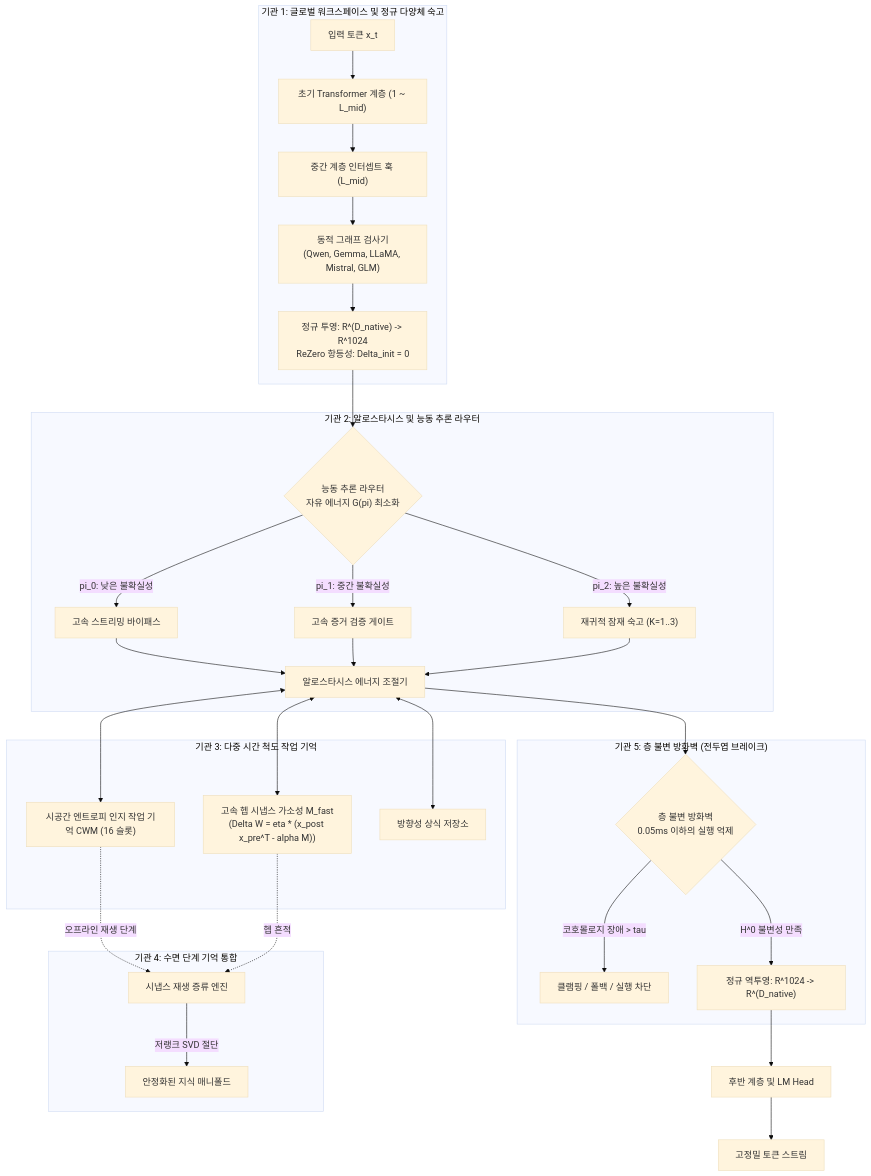
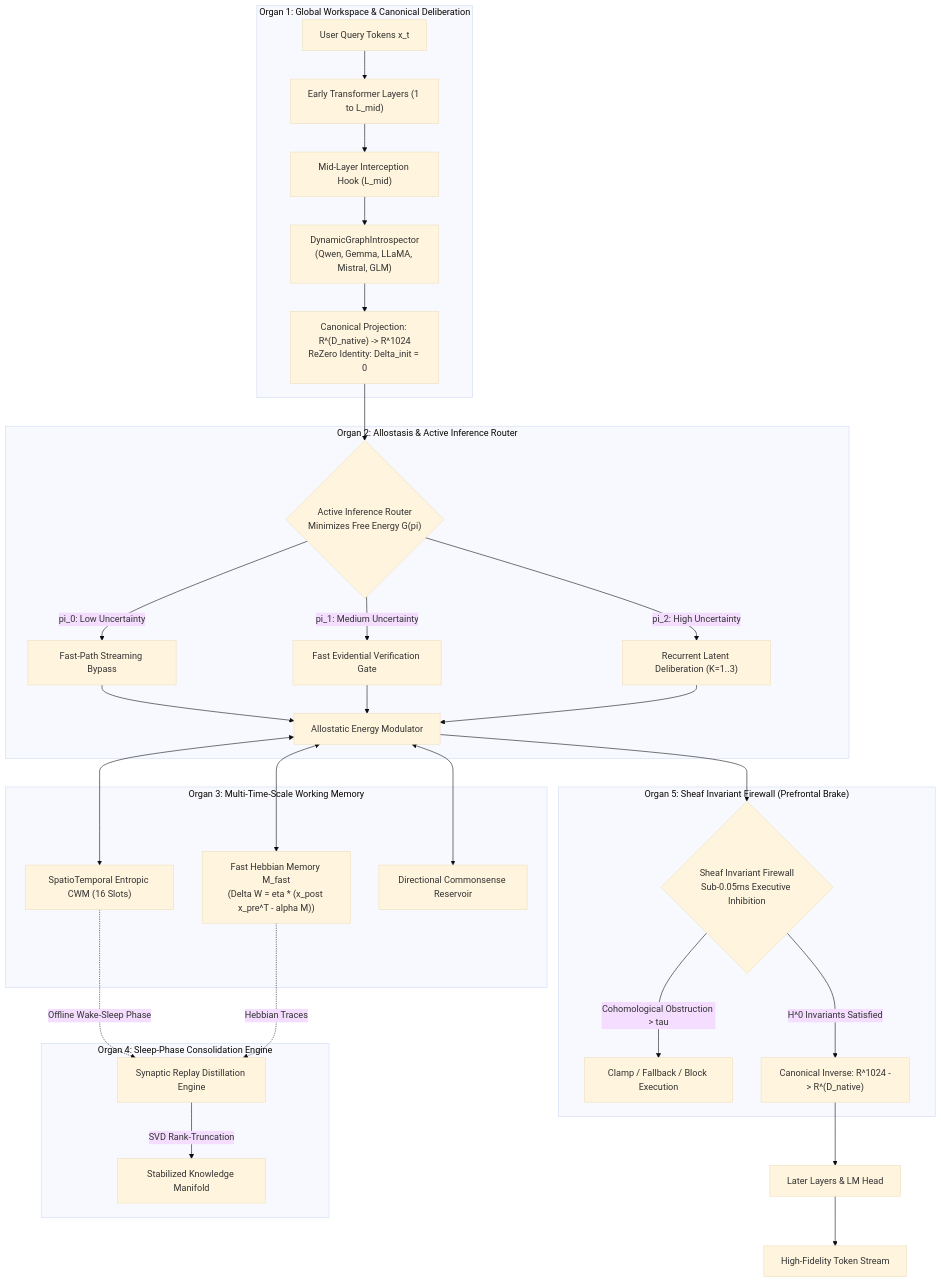
One commit to Ch3nOff/dual-loop-controller changed the diagram in docs/README_ko.md. Above: the diagram before and after it, drawn with Mermaid (base theme). The commit also changed other lines of this file and 10 other files, not shown here.

````diff
--- a/docs/README_ko.md
+++ b/docs/README_ko.md
@@ -57,40 +31,40 @@
 ```mermaid
 flowchart TD
-    subgraph Organ1 ["기관 1: 글로벌 워크스페이스 및 정규 다양체 숙고"]
-        In["입력 토큰 x_t"] --> EarlyLayers["초기 Transformer 계층 (1 ~ L_mid)"]
-        EarlyLayers --> Hook["중간 계층 인터셉트 훅 (L_mid)"]
-        Hook --> GraphIntrospect["동적 그래프 검사기<br/>(Qwen, Gemma, LLaMA, Mistral, GLM)"]
-        GraphIntrospect --> CanonicalMap["정규 투영: R^(D_native) -> R^1024<br/>ReZero 항등성: Delta_init = 0"]
+    subgraph Organ1 ["Organ 1: Global Workspace & Canonical Deliberation"]
+        In["User Query Tokens x_t"] --> EarlyLayers["Early Transformer Layers (1 to L_mid)"]
+        EarlyLayers --> Hook["Mid-Layer Interception Hook (L_mid)"]
+        Hook --> GraphIntrospect["DynamicGraphIntrospector<br/>(Qwen, Gemma, LLaMA, Mistral, GLM)"]
+        GraphIntrospect --> CanonicalMap["Canonical Projection: R^(D_native) -> R^1024<br/>ReZero Identity: Delta_init = 0"]
     end
 
-    subgraph Organ2 ["기관 2: 알로스타시스 및 능동 추론 라우터"]
-        CanonicalMap --> FristonRouter{"능동 추론 라우터<br/>자유 에너지 G(pi) 최소화"}
-        FristonRouter -->|"pi_0: 낮은 불확실성"| FastBypass["고속 스트리밍 바이패스"]
-        FristonRouter -->|"pi_1: 중간 불확실성"| EvidentialCheck["고속 증거 검증 게이트"]
-        FristonRouter -->|"pi_2: 높은 불확실성"| DeliberationLoop["재귀적 잠재 숙고 (K=1..3)"]
-        FastBypass --> Allostasis["알로스타시스 에너지 조절기"]
+    subgraph Organ2 ["Organ 2: Allostasis & Active Inference Router"]
+        CanonicalMap --> FristonRouter{"Active Inference Router<br/>Minimizes Free Energy G(pi)"}
+        FristonRouter -->|"pi_0: Low Uncertainty"| FastBypass["Fast-Path Streaming Bypass"]
+        FristonRouter -->|"pi_1: Medium Uncertainty"| EvidentialCheck["Fast Evidential Verification Gate"]
+        FristonRouter -->|"pi_2: High Uncertainty"| DeliberationLoop["Recurrent Latent Deliberation (K=1..3)"]
+        FastBypass --> Allostasis["Allostatic Energy Modulator"]
         EvidentialCheck --> Allostasis
         DeliberationLoop --> Allostasis
     end
 
-    subgraph Organ3 ["기관 3: 다중 시간 척도 작업 기억"]
-        Allostasis <--> CWM["시공간 엔트로피 인지 작업 기억 CWM (16 슬롯)"]
-        Allostasis <--> FastHebbian["고속 헵 시냅스 가소성 M_fast<br/>(Delta W = eta * (x_post x_pre^T - alpha M))"]
-        Allostasis <--> DirectionalRes["방향성 상식 저장소"]
+    subgraph Organ3 ["Organ 3: Multi-Time-Scale Working Memory"]
+        Allostasis <--> CWM["SpatioTemporal Entropic CWM (16 Slots)"]
+        Allostasis <--> FastHebbian["Fast Hebbian Memory M_fast<br/>(Delta W = eta * (x_post x_pre^T - alpha M))"]
+        Allostasis <--> DirectionalRes["Directional Commonsense Reservoir"]
     end
 
-    subgraph Organ4 ["기관 4: 수면 단계 기억 통합"]
-        CWM -.->|"오프라인 재생 단계"| SleepReplay["시냅스 재생 증류 엔진"]
-        FastHebbian -.->|"헵 흔적"| SleepReplay
-        SleepReplay -->|"저랭크 SVD 절단"| PermanentWeights["안정화된 지식 매니폴드"]
+    subgraph Organ4 ["Organ 4: Sleep-Phase Consolidation Engine"]
+        CWM -.->|"Offline Wake-Sleep Phase"| SleepReplay["Synaptic Replay Distillation Engine"]
+        FastHebbian -.->|"Hebbian Traces"| SleepReplay
+        SleepReplay -->|"SVD Rank-Truncation"| PermanentWeights["Stabilized Knowledge Manifold"]
     end
 
-    subgraph Organ5 ["기관 5: 층 불변 방화벽 (전두엽 브레이크)"]
-        Allostasis --> SheafFirewall{"층 불변 방화벽<br/>0.05ms 이하의 실행 억제"}
-        SheafFirewall -->|"코호몰로지 장애 > tau"| ClampSafety["클램핑 / 폴백 / 실행 차단"]
-        SheafFirewall -->|"H^0 불변성 만족"| NativeProject["정규 역투영: R^1024 -> R^(D_native)"]
+    subgraph Organ5 ["Organ 5: Sheaf Invariant Firewall (Prefrontal Brake)"]
+        Allostasis --> SheafFirewall{"Sheaf Invariant Firewall<br/>Sub-0.05ms Executive Inhibition"}
+        SheafFirewall -->|"Cohomological Obstruction > tau"| ClampSafety["Clamp / Fallback / Block Execution"]
+        SheafFirewall -->|"H^0 Invariants Satisfied"| NativeProject["Canonical Inverse: R^1024 -> R^(D_native)"]
     end
 
-    NativeProject --> LateLayers["후반 계층 및 LM Head"]
-    LateLayers --> OutStream["고정밀 토큰 스트림"]
+    NativeProject --> LateLayers["Later Layers & LM Head"]
+    LateLayers --> OutStream["High-Fidelity Token Stream"]
 ```
````
